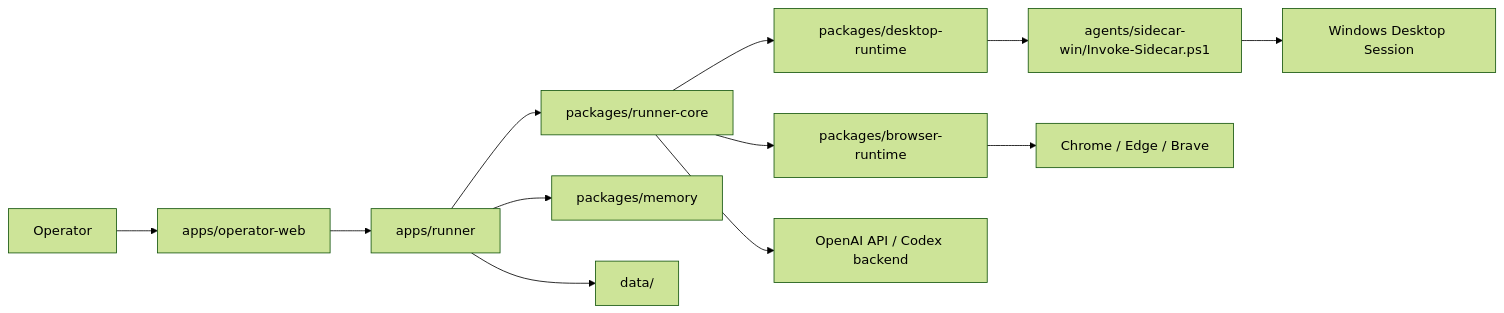
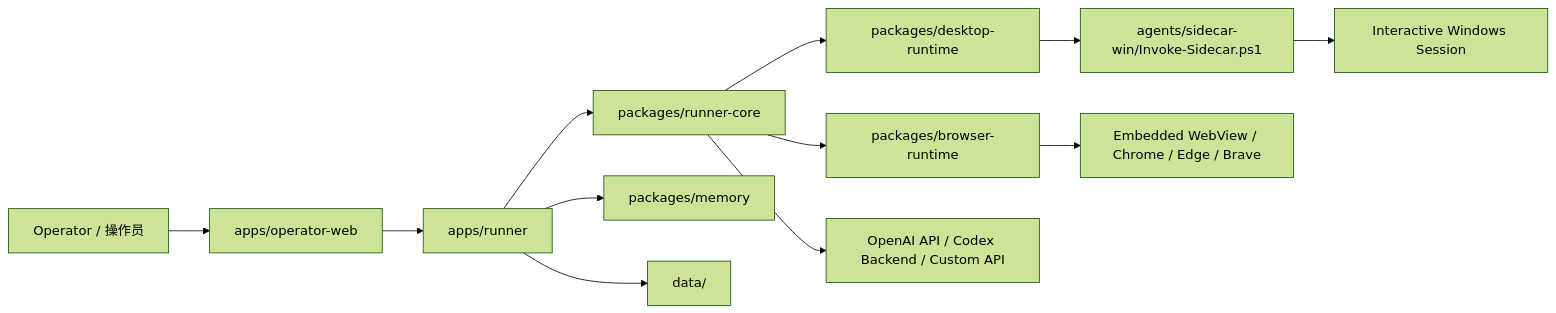
Before and after one commit to Charlo-O/Novaper: the diagram in README.md, drawn with Mermaid (forest theme). The commit also changed other lines of this file and 22 other files, not shown here.

````diff
--- a/README.md
+++ b/README.md
@@ -20,14 +46,14 @@
 ```mermaid
 flowchart LR
-  User["Operator"] --> Web["apps/operator-web"]
+  User["Operator / 操作员"] --> Web["apps/operator-web"]
   Web --> Runner["apps/runner"]
   Runner --> Core["packages/runner-core"]
   Runner --> Memory["packages/memory"]
   Core --> Browser["packages/browser-runtime"]
   Core --> Desktop["packages/desktop-runtime"]
   Desktop --> Sidecar["agents/sidecar-win/Invoke-Sidecar.ps1"]
-  Browser --> Chromium["Chrome / Edge / Brave"]
-  Sidecar --> Windows["Windows Desktop Session"]
+  Browser --> Chromium["Embedded WebView / Chrome / Edge / Brave"]
+  Sidecar --> Windows["Interactive Windows Session"]
   Runner --> Data["data/"]
-  Core --> Model["OpenAI API / Codex backend"]
+  Core --> Model["OpenAI API / Codex Backend / Custom API"]
 ```
````
